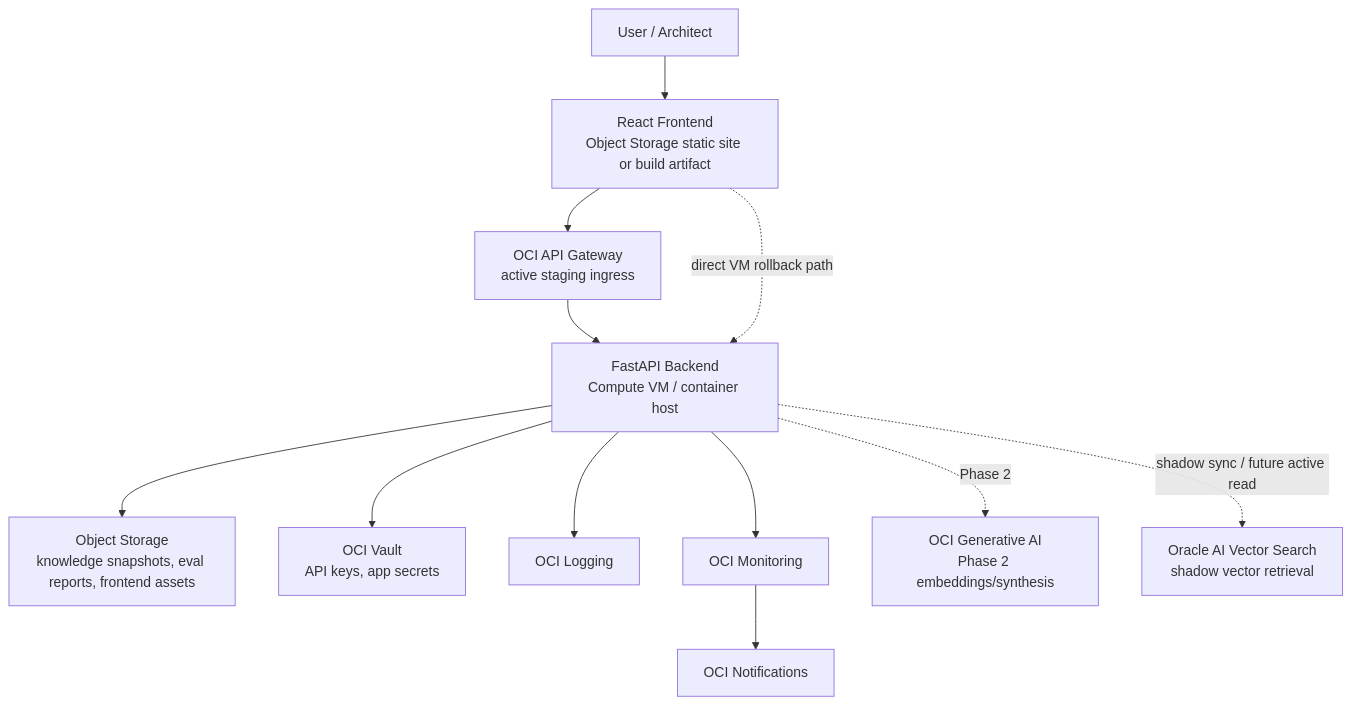
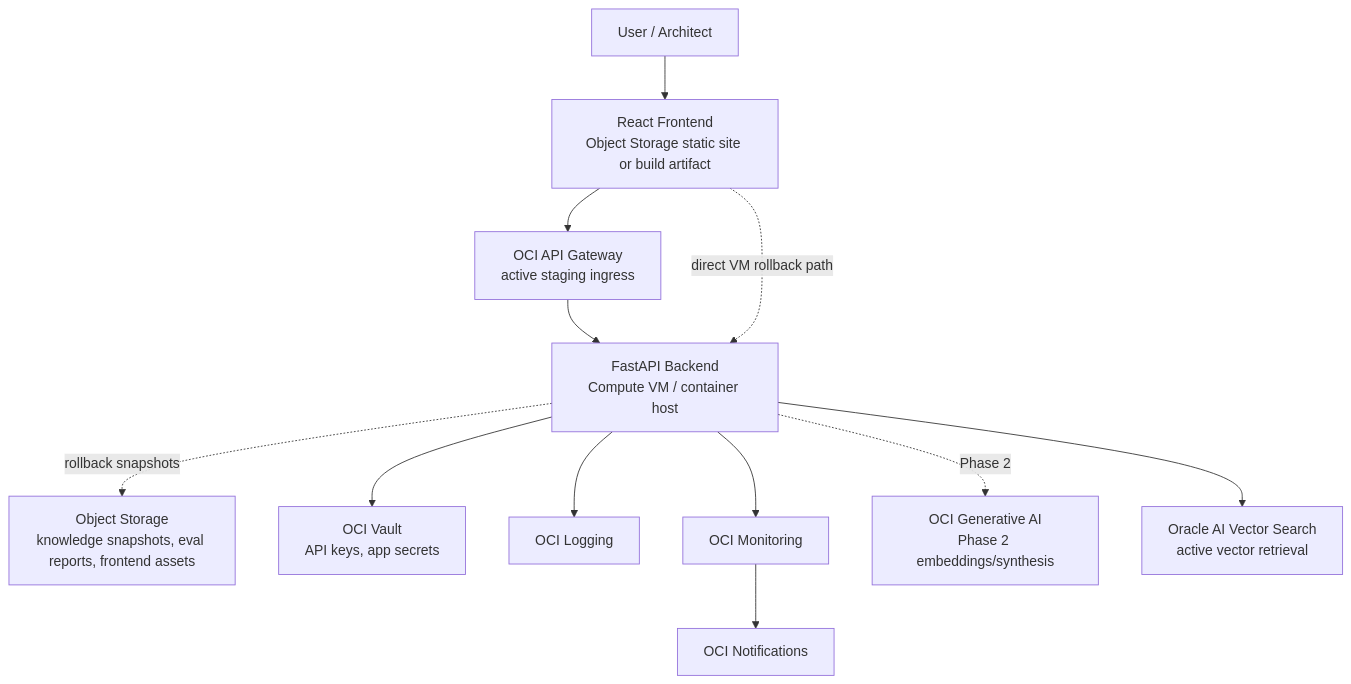
One commit to BfShaik/OCI-Architecture-Studio changed the diagram in docs/architecture/oci-deployment-architecture.md. Above: the diagram before and after it, drawn with Mermaid. The commit also changed other lines of this file and 21 other files, not shown here.

````diff
--- a/docs/architecture/oci-deployment-architecture.md
+++ b/docs/architecture/oci-deployment-architecture.md
@@ -19,26 +19,26 @@
 ```mermaid
 flowchart TD
   User["User / Architect"]
   Frontend["React Frontend\nObject Storage static site or build artifact"]
   API["OCI API Gateway\nactive staging ingress"]
   Backend["FastAPI Backend\nCompute VM / container host"]
   Obj["Object Storage\nknowledge snapshots, eval reports, frontend assets"]
   Vault["OCI Vault\nAPI keys, app secrets"]
   Logs["OCI Logging"]
   Mon["OCI Monitoring"]
   Notif["OCI Notifications"]
   GenAI["OCI Generative AI\nPhase 2 embeddings/synthesis"]
-  Vector["Oracle AI Vector Search\nshadow vector retrieval"]
+  Vector["Oracle AI Vector Search\nactive vector retrieval"]
 
   User --> Frontend
   Frontend --> API
   API --> Backend
   Frontend -. direct VM rollback path .-> Backend
-  Backend --> Obj
+  Backend -. rollback snapshots .-> Obj
   Backend --> Vault
   Backend --> Logs
   Backend --> Mon
   Mon --> Notif
   Backend -. Phase 2 .-> GenAI
-  Backend -. shadow sync / future active read .-> Vector
+  Backend --> Vector
 ```
````
